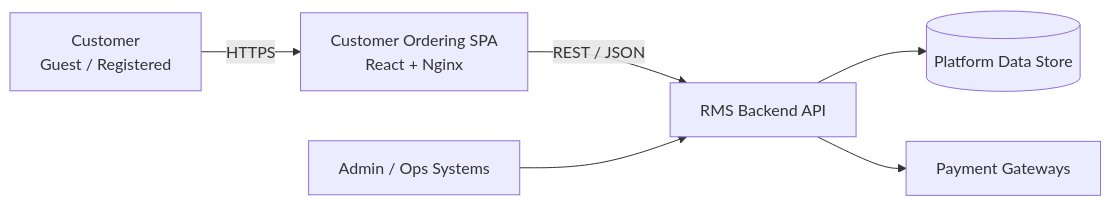
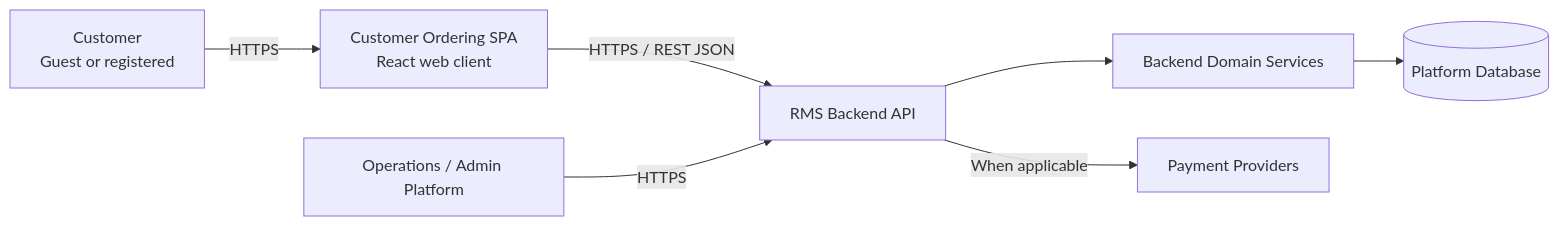
Before and after one commit to suliman-mousa/restaurant-ordering-platform: the second of 14 diagrams in DIAGRAMS.md, drawn with Mermaid. The commit also changed other lines of this file, not shown here.

````diff
--- a/DIAGRAMS.md
+++ b/DIAGRAMS.md
@@ -34,8 +45,9 @@
 ```mermaid
 flowchart LR
-  C[Customer<br/>Guest / Registered] -->|HTTPS| SPA[Customer Ordering SPA<br/>React + Nginx]
-  SPA -->|REST / JSON| API[RMS Backend API]
-  API --> DB[(Platform Data Store)]
-  API --> PAY[Payment Gateways]
-  ADMIN[Admin / Ops Systems] --> API
+    C["Customer<br/>Guest or registered"] -->|"HTTPS"| SPA["Customer Ordering SPA<br/>React web client"]
+    SPA -->|"HTTPS / REST JSON"| API["RMS Backend API"]
+    API --> SVC["Backend Domain Services"]
+    SVC --> DB[("Platform Database")]
+    API -->|"When applicable"| PAY["Payment Providers"]
+    OPS["Operations / Admin Platform"] -->|"HTTPS"| API
 ```
````
